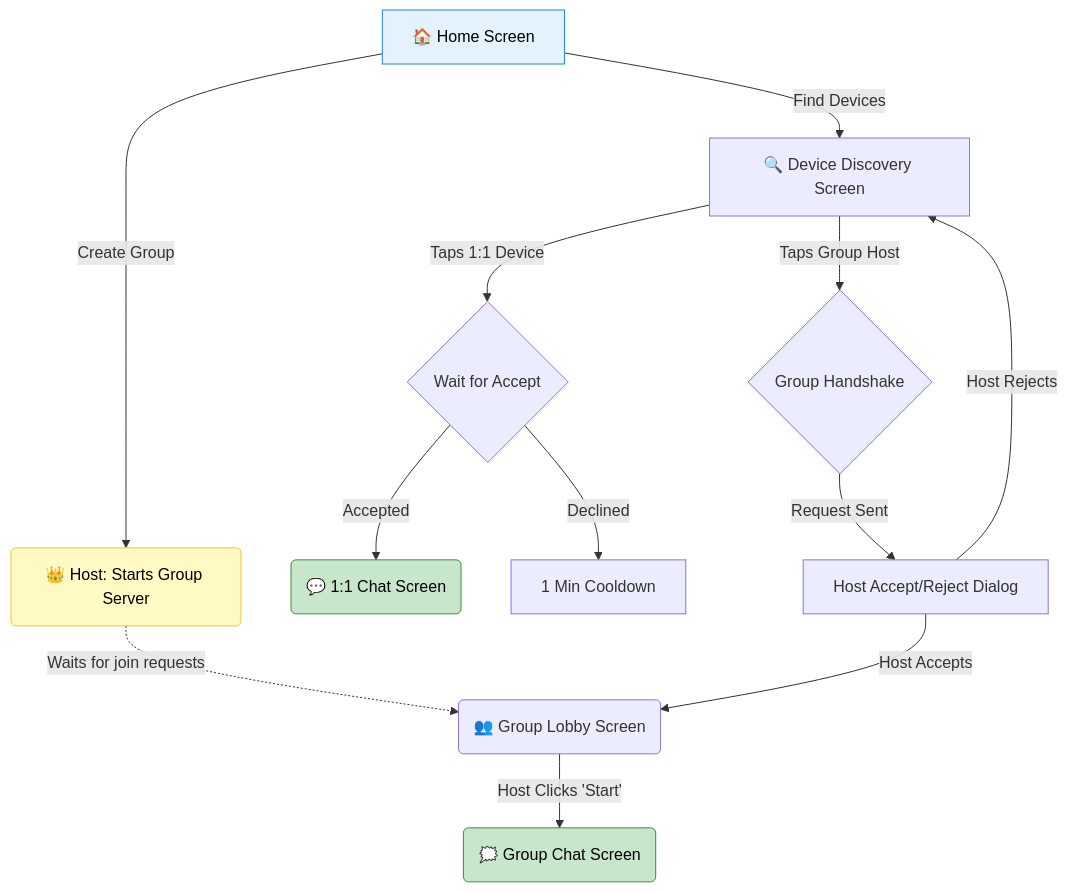
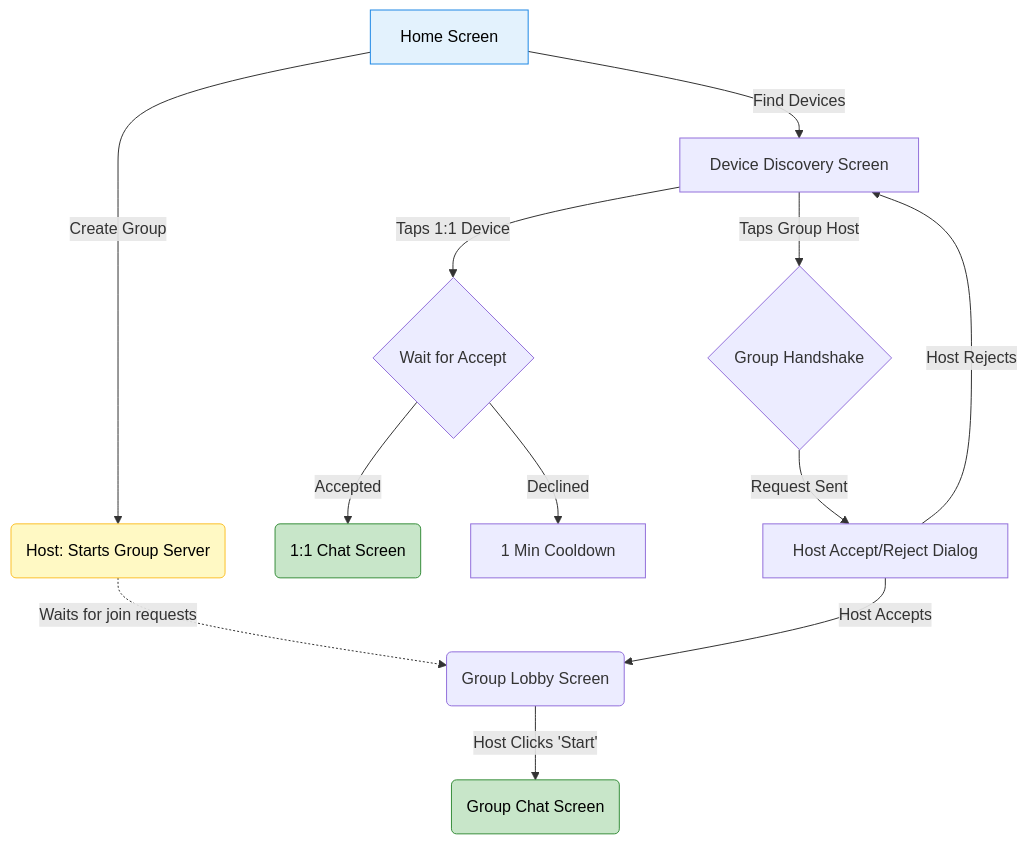
One commit to amEya911/NearChat changed the fourth of 4 diagrams in README.md. Above: the diagram before and after it, drawn with Mermaid. The commit also changed other lines of this file, not shown here.

````diff
--- a/README.md
+++ b/README.md
@@ -132,23 +132,23 @@
 ```mermaid
 flowchart TD
-    Home[🏠 Home Screen] -->|Create Group| HostingGroup(👑 Host: Starts Group Server)
-    Home -->|Find Devices| Discovery[🔍 Device Discovery Screen]
+    Home[Home Screen] -->|Create Group| HostingGroup(Host: Starts Group Server)
+    Home -->|Find Devices| Discovery[Device Discovery Screen]
     
-    HostingGroup -.->|Waits for join requests| Lobby(👥 Group Lobby Screen)
+    HostingGroup -.->|Waits for join requests| Lobby(Group Lobby Screen)
     
     Discovery -->|Taps 1:1 Device| WaitAccept{Wait for Accept}
-    WaitAccept -->|Accepted| SingleChat(💬 1:1 Chat Screen)
+    WaitAccept -->|Accepted| SingleChat(1:1 Chat Screen)
     WaitAccept -->|Declined| CD[1 Min Cooldown]
     
     Discovery -->|Taps Group Host| GroupHandshake{Group Handshake}
     GroupHandshake -->|Request Sent| HostDialog[Host Accept/Reject Dialog]
     HostDialog -->|Host Rejects| Discovery
     HostDialog -->|Host Accepts| Lobby
     
-    Lobby -->|Host Clicks 'Start'| GroupChat(🗯️ Group Chat Screen)
+    Lobby -->|Host Clicks 'Start'| GroupChat(Group Chat Screen)
     
     style Home fill:#e3f2fd,stroke:#1e88e5,color:#000
     style HostingGroup fill:#fff9c4,stroke:#fbc02d,color:#000
     style GroupChat fill:#c8e6c9,stroke:#388e3c,color:#000
     style SingleChat fill:#c8e6c9,stroke:#388e3c,color:#000
 ```
````
